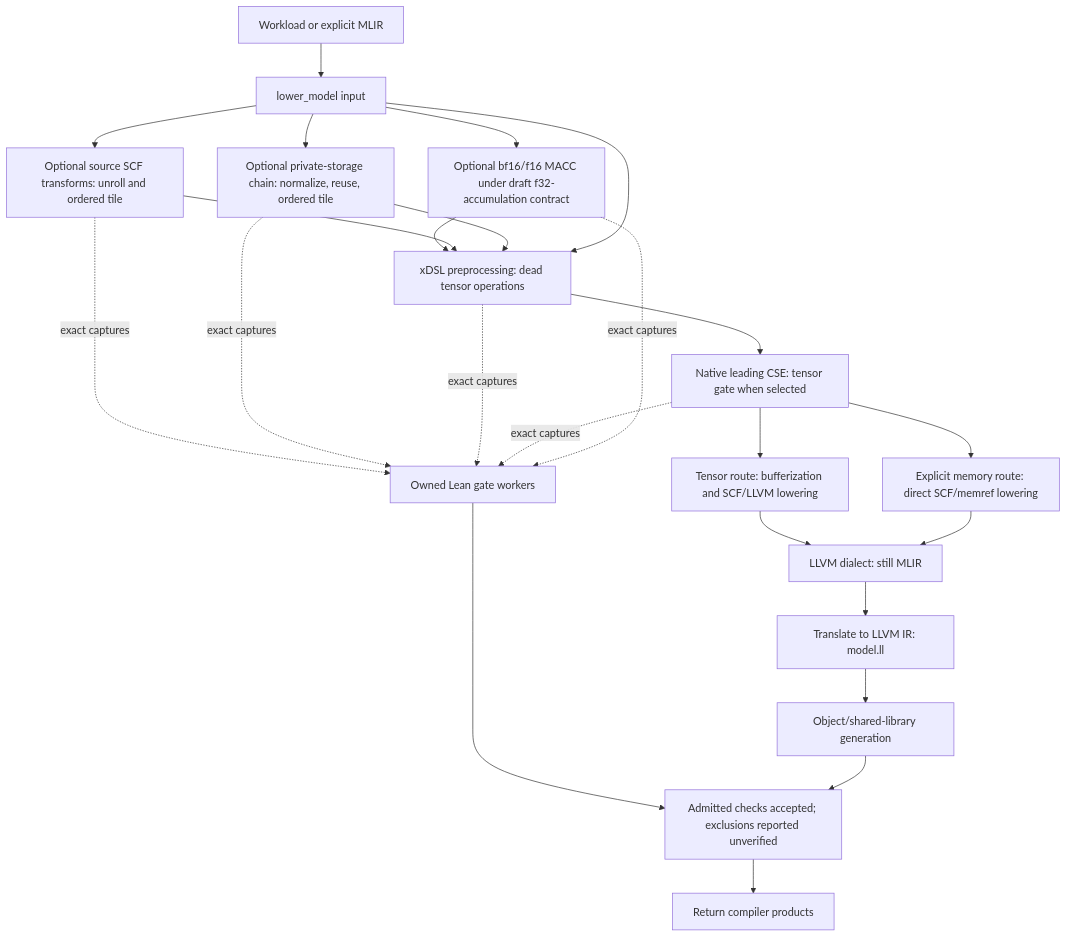
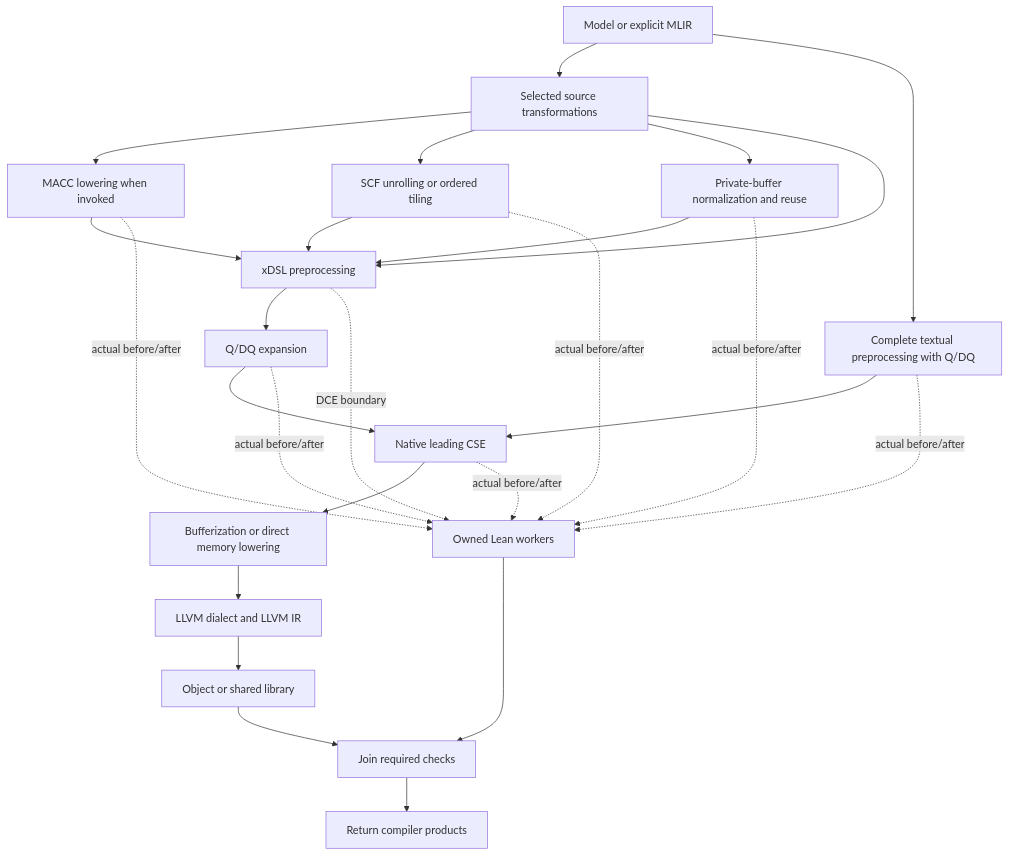
The diagram in docs/guides/lean_compiler_stack.md (ucb-bar/merlin), drawn with Mermaid before and after one commit. The commit also changed other lines of this file and 29 other files, not shown here.

````diff
--- a/docs/guides/lean_compiler_stack.md
+++ b/docs/guides/lean_compiler_stack.md
@@ -72,26 +61,28 @@
 ```mermaid
 flowchart TD
-  A[Workload or explicit MLIR] --> B[lower_model input]
-  B --> N[Optional bf16/f16 MACC under draft f32-accumulation contract]
-  N --> E
-  B --> C[Optional source SCF transforms: unroll and ordered tile]
-  B --> D[Optional private-storage chain: normalize, reuse, ordered tile]
-  C --> E[xDSL preprocessing: dead tensor operations]
-  D --> E
+  A[Model or explicit MLIR] --> B[Selected source transformations]
+  B --> M[MACC lowering when invoked]
+  B --> L[SCF unrolling or ordered tiling]
+  B --> S[Private-buffer normalization and reuse]
+  M --> E[xDSL preprocessing]
+  L --> E
+  S --> E
   B --> E
-  E --> F[Native leading CSE: tensor gate when selected]
-  F --> T[Tensor route: bufferization and SCF/LLVM lowering]
-  F --> M[Explicit memory route: direct SCF/memref lowering]
-  T --> L[LLVM dialect: still MLIR]
-  M --> L
-  L --> R[Translate to LLVM IR: model.ll]
-  R --> G[Object/shared-library generation]
-  C -. exact captures .-> P[Owned Lean gate workers]
-  D -. exact captures .-> P
-  E -. exact captures .-> P
-  F -. exact captures .-> P
-  N -. exact captures .-> P
-  P --> H[Admitted checks accepted; exclusions reported unverified]
-  G --> H
-  H --> I[Return compiler products]
+  E --> Q[Q/DQ expansion]
+  A --> X[Complete textual preprocessing with Q/DQ]
+  Q --> C[Native leading CSE]
+  X --> C
+  C --> D[Bufferization or direct memory lowering]
+  D --> V[LLVM dialect and LLVM IR]
+  V --> O[Object or shared library]
+  M -. actual before/after .-> P[Owned Lean workers]
+  L -. actual before/after .-> P
+  S -. actual before/after .-> P
+  E -. DCE boundary .-> P
+  Q -. actual before/after .-> P
+  X -. actual before/after .-> P
+  C -. actual before/after .-> P
+  O --> J[Join required checks]
+  P --> J
+  J --> R[Return compiler products]
 ```
````
